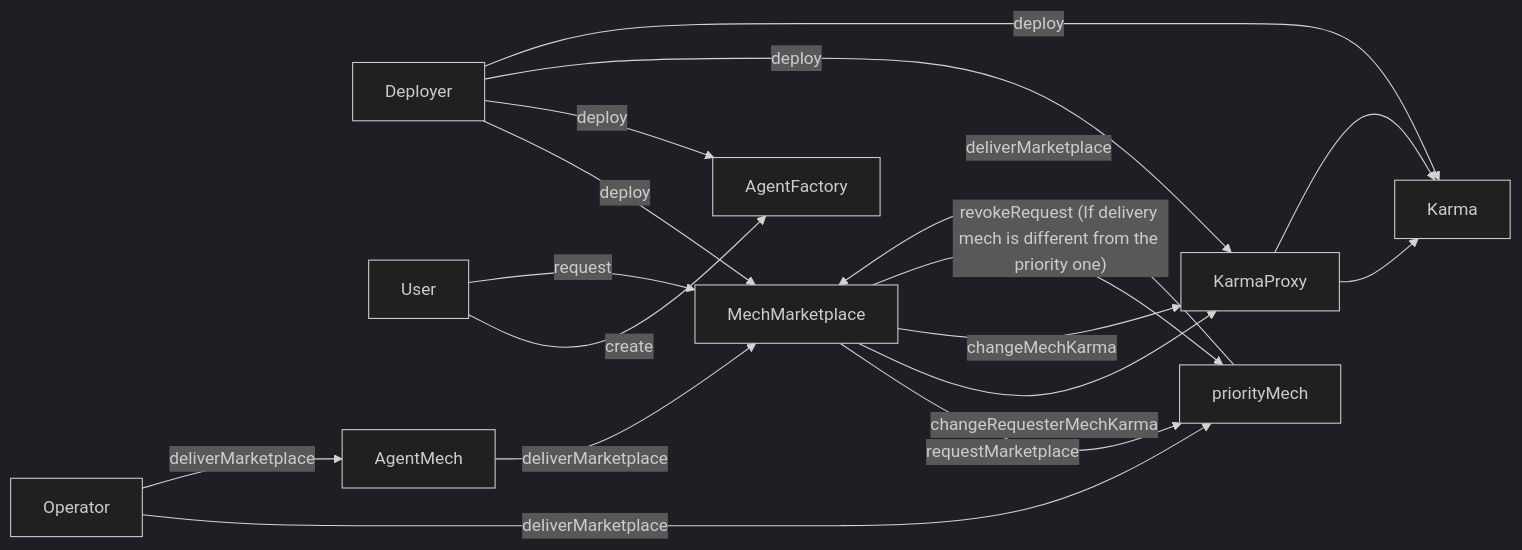
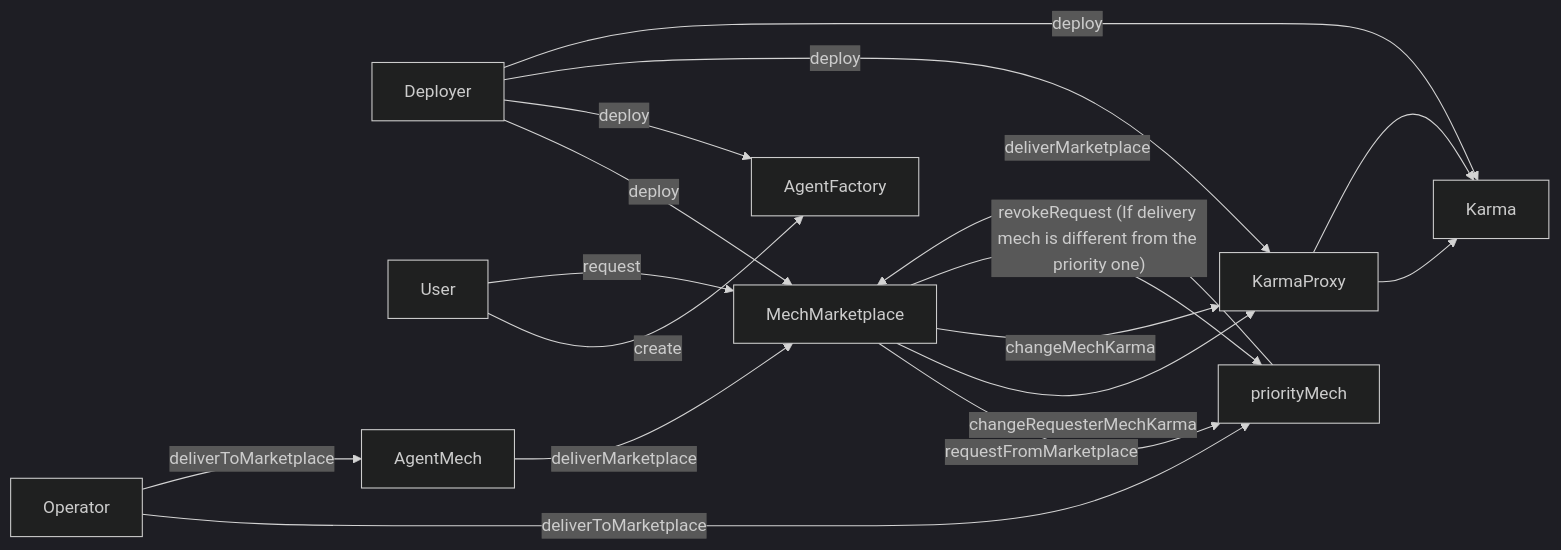
The diagram in README.md (valory-xyz/ai-registry-mech), drawn with Mermaid (dark theme) before and after one commit.

Commit message:
doc: fix flowchart

````diff
--- a/README.md
+++ b/README.md
@@ -71,12 +71,12 @@
 ```mermaid
 flowchart LR
     Deployer -- deploy --> MechMarketplace
     Deployer -- deploy --> AgentFactory
     Deployer -- deploy --> KarmaProxy 
     Deployer -- deploy --> Karma
     User -- create --> AgentFactory
-    User -- request --> MechMarketplace -- requestMarketplace --> priorityMech 
+    User -- request --> MechMarketplace -- requestFromMarketplace --> priorityMech 
     MechMarketplace -- changeRequesterMechKarma --> KarmaProxy --> Karma
-    Operator -- deliverMarketplace --> priorityMech -- deliverMarketplace --> MechMarketplace -- changeMechKarma --> KarmaProxy --> Karma
-    Operator -- deliverMarketplace --> AgentMech -- deliverMarketplace --> MechMarketplace -- revokeRequest (If delivery mech is different from the priority one) --> priorityMech
+    Operator -- deliverToMarketplace --> priorityMech -- deliverMarketplace --> MechMarketplace -- changeMechKarma --> KarmaProxy --> Karma
+    Operator -- deliverToMarketplace --> AgentMech -- deliverMarketplace --> MechMarketplace -- revokeRequest (If delivery mech is different from the priority one) --> priorityMech
 ```
````
